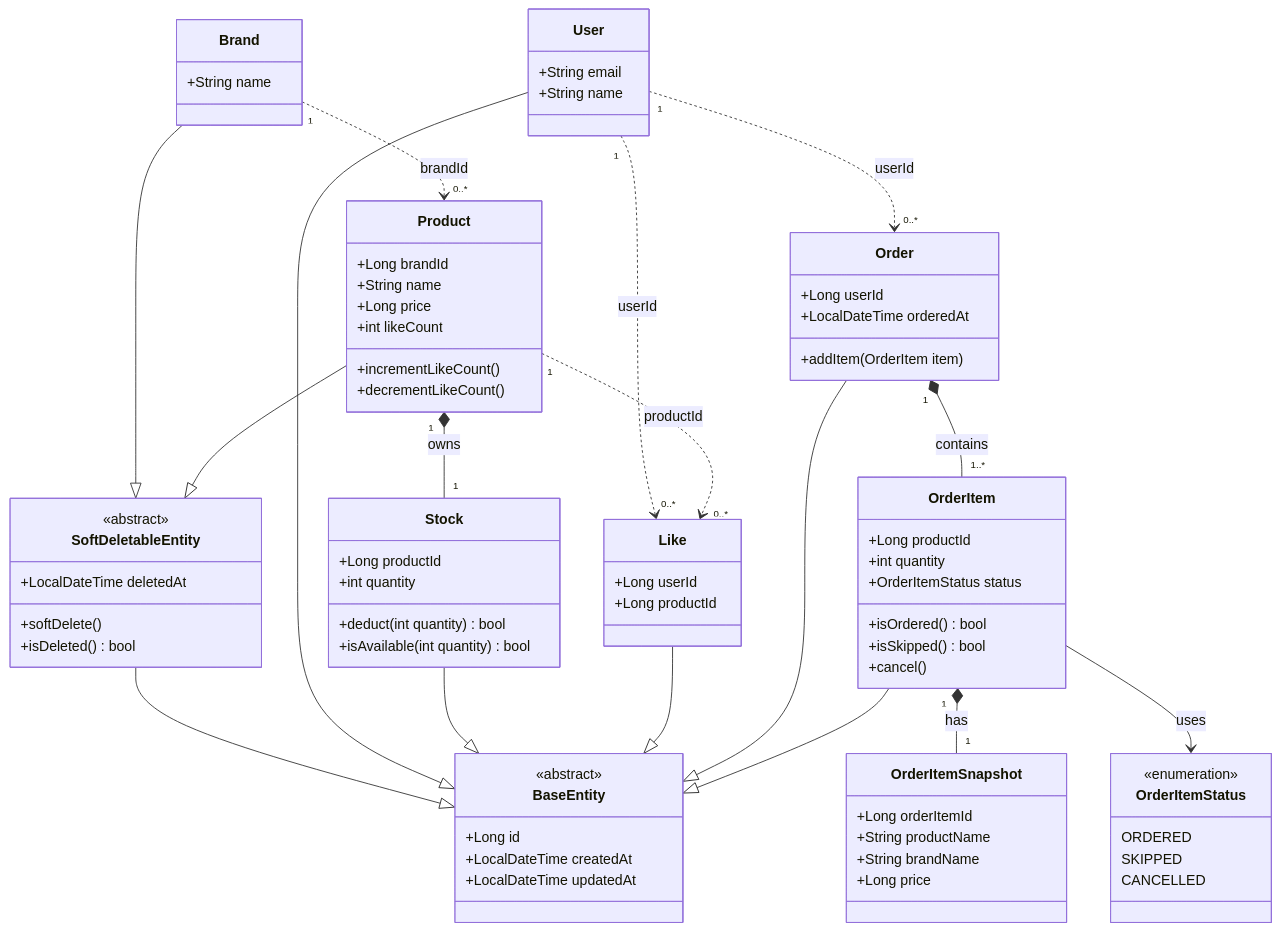
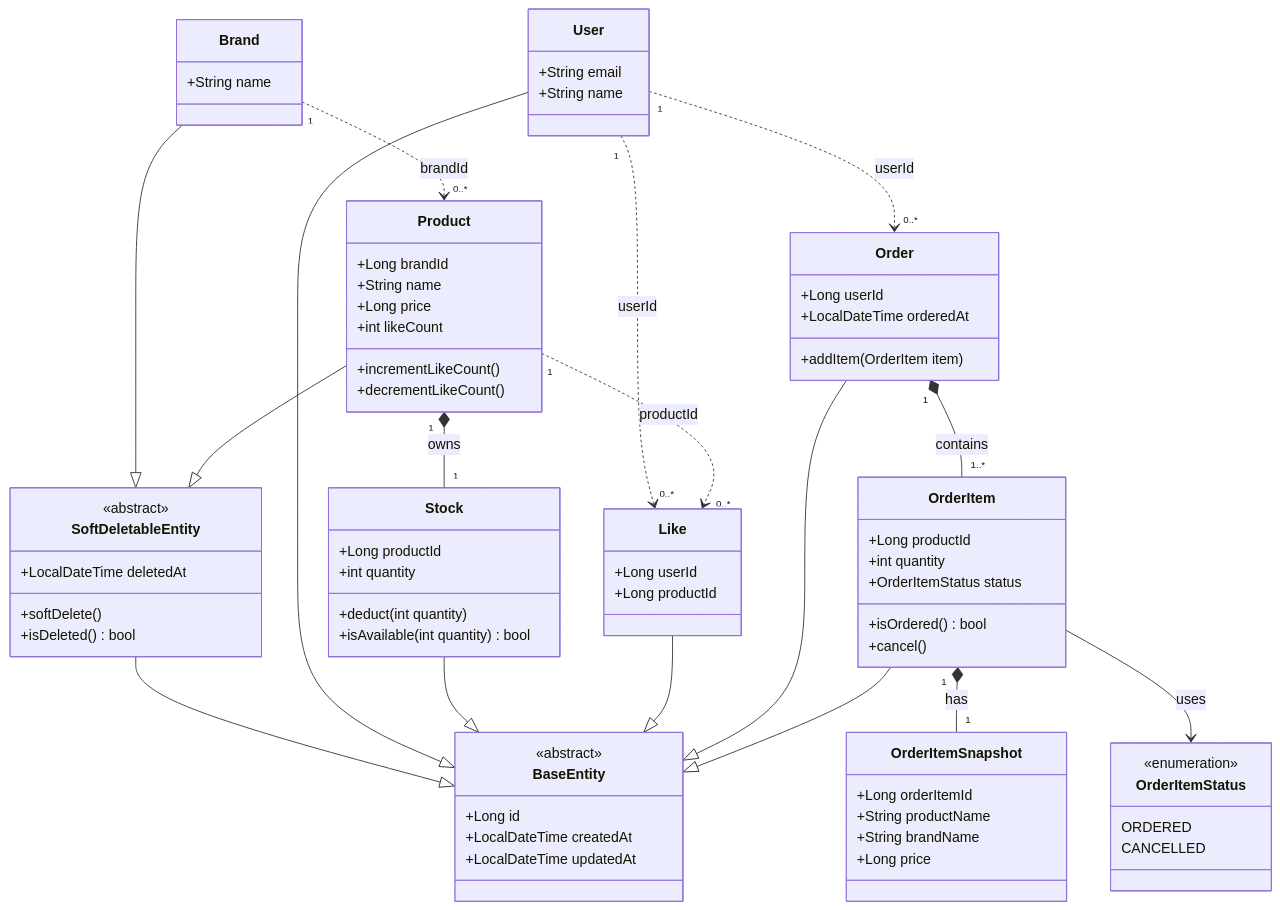
One commit to loopers-labs/loop-pack-be-l2-vol4-java changed the first of 3 diagrams in docs/week2/03-class-diagram.md. Above: the diagram before and after it, drawn with Mermaid. The commit also changed other lines of this file, not shown here.

Commit message:
docs: 클래스 다이어그램 올-오어-낫싱 정책 반영 (SKIPPED 제거, Stock.deduct 시그니처, StockService 수정)

```diff
--- a/docs/week2/03-class-diagram.md
+++ b/docs/week2/03-class-diagram.md
@@ -73,7 +75,7 @@
     class Stock {
         +Long productId
         +int quantity
-        +deduct(int quantity) bool
+        +deduct(int quantity)
         +isAvailable(int quantity) bool
     }
     Stock --|> BaseEntity
@@ -102,7 +104,6 @@
         +int quantity
         +OrderItemStatus status
         +isOrdered() bool
-        +isSkipped() bool
         +cancel()
     }
     OrderItem --|> BaseEntity
@@ -117,7 +118,6 @@
     class OrderItemStatus {
         <<enumeration>>
         ORDERED
-        SKIPPED
         CANCELLED
     }
 
```
